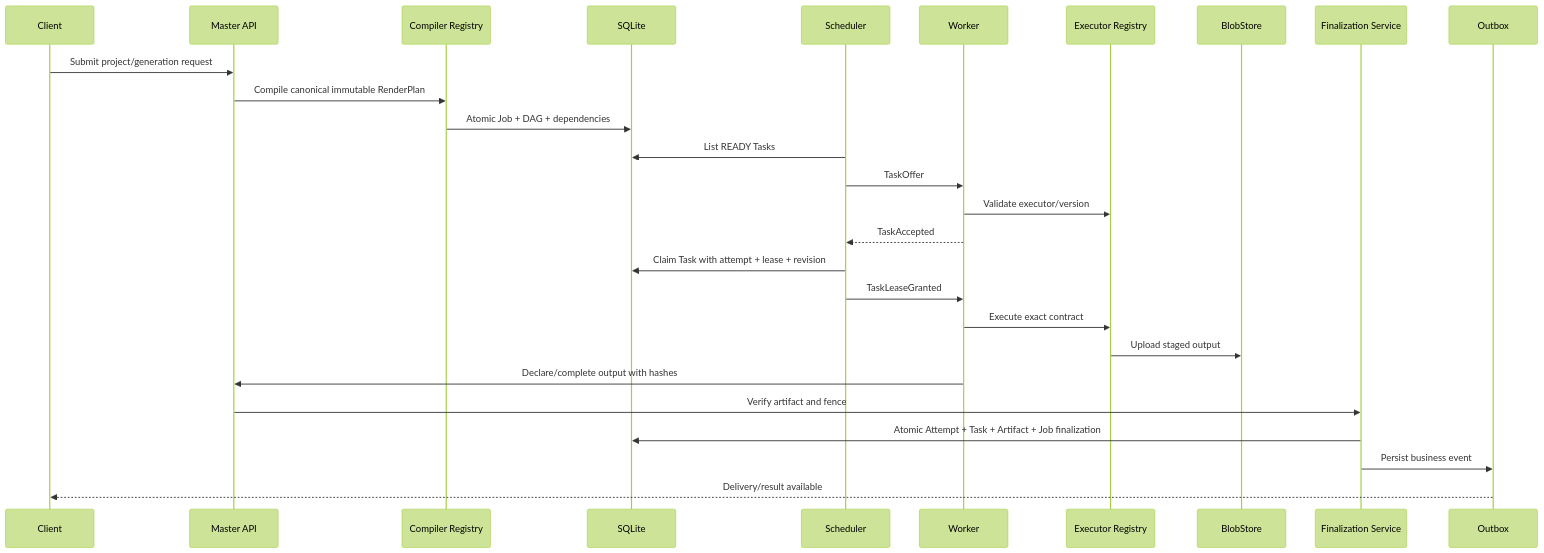
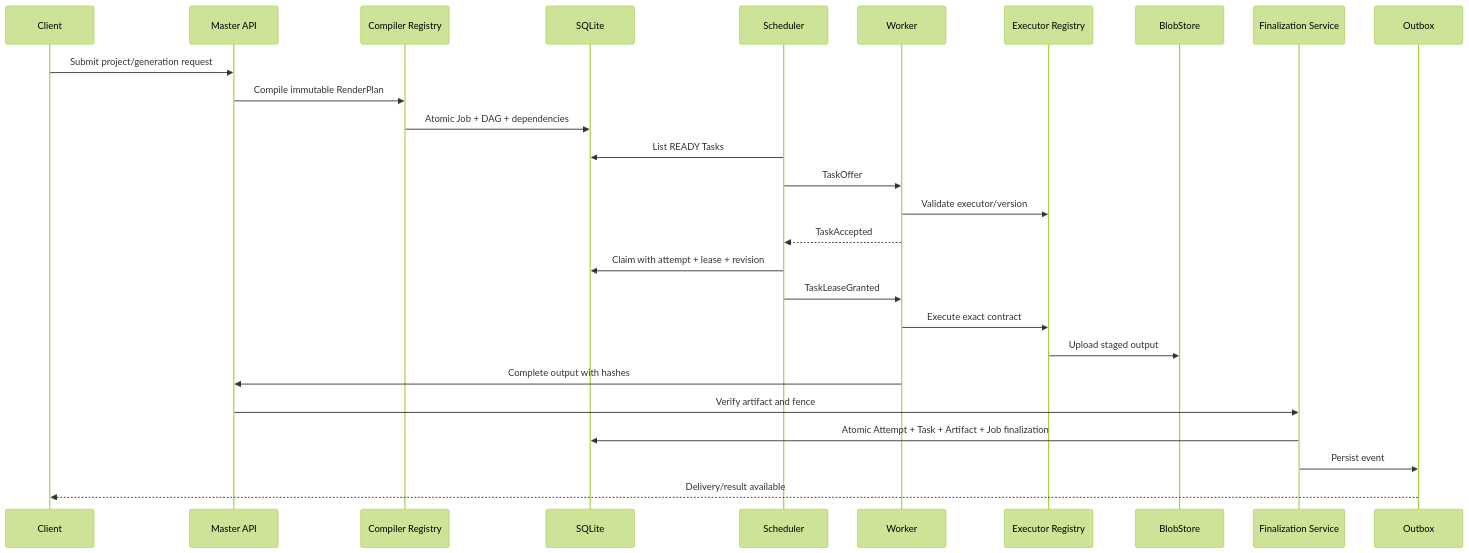
Before and after one commit to Marcuss-ops/VeloxEditiingg: the third of 3 diagrams in docs/architecture/CURRENT-TO-TARGET-ARCHITECTURE.md, drawn with Mermaid (forest theme). The commit also changed other lines of this file, not shown here.

Commit message:
docs(architecture): reconcile current-state baseline with latest main

````diff
--- a/docs/architecture/CURRENT-TO-TARGET-ARCHITECTURE.md
+++ b/docs/architecture/CURRENT-TO-TARGET-ARCHITECTURE.md
@@ -763,30 +779,30 @@
 ```mermaid
 sequenceDiagram
     participant U as Client
     participant API as Master API
     participant C as Compiler Registry
     participant DB as SQLite
     participant S as Scheduler
     participant W as Worker
     participant E as Executor Registry
     participant B as BlobStore
     participant F as Finalization Service
     participant O as Outbox
 
     U->>API: Submit project/generation request
-    API->>C: Compile canonical immutable RenderPlan
+    API->>C: Compile immutable RenderPlan
     C->>DB: Atomic Job + DAG + dependencies
     S->>DB: List READY Tasks
     S->>W: TaskOffer
     W->>E: Validate executor/version
     W-->>S: TaskAccepted
-    S->>DB: Claim Task with attempt + lease + revision
+    S->>DB: Claim with attempt + lease + revision
     S->>W: TaskLeaseGranted
     W->>E: Execute exact contract
     E->>B: Upload staged output
-    W->>API: Declare/complete output with hashes
+    W->>API: Complete output with hashes
     API->>F: Verify artifact and fence
     F->>DB: Atomic Attempt + Task + Artifact + Job finalization
-    F->>O: Persist business event
+    F->>O: Persist event
     O-->>U: Delivery/result available
 ```
````
